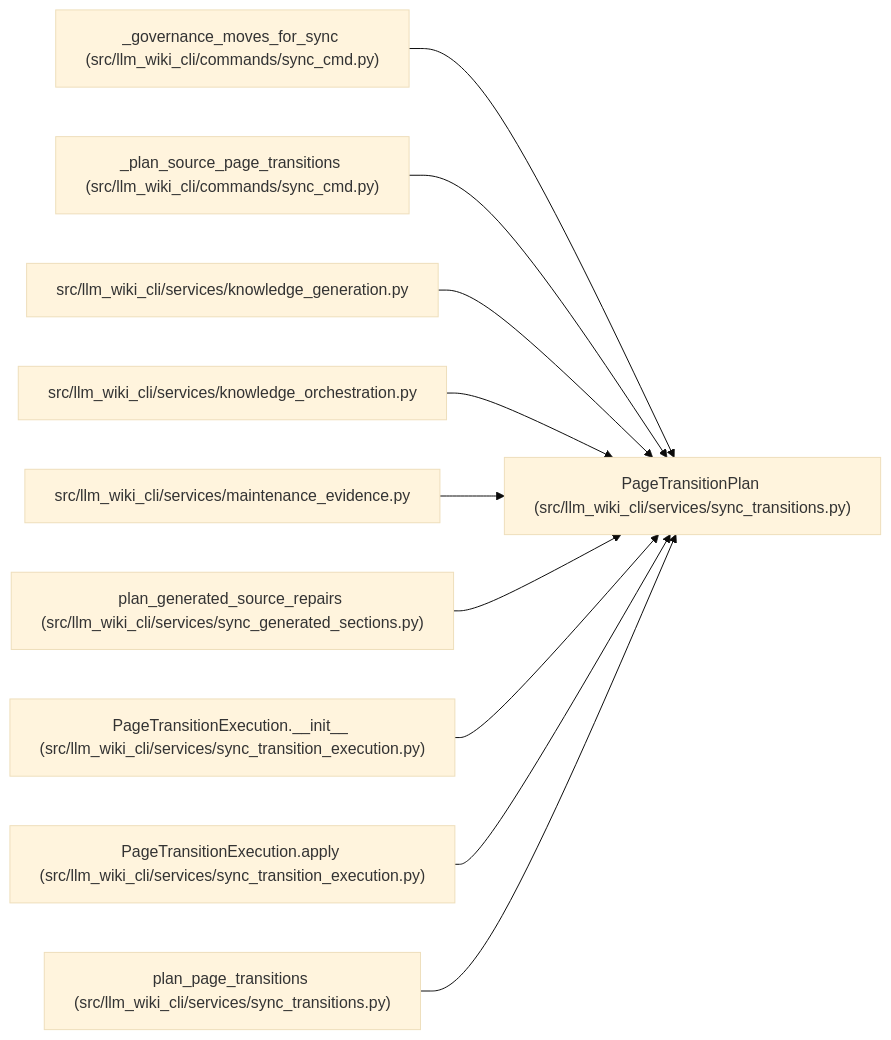
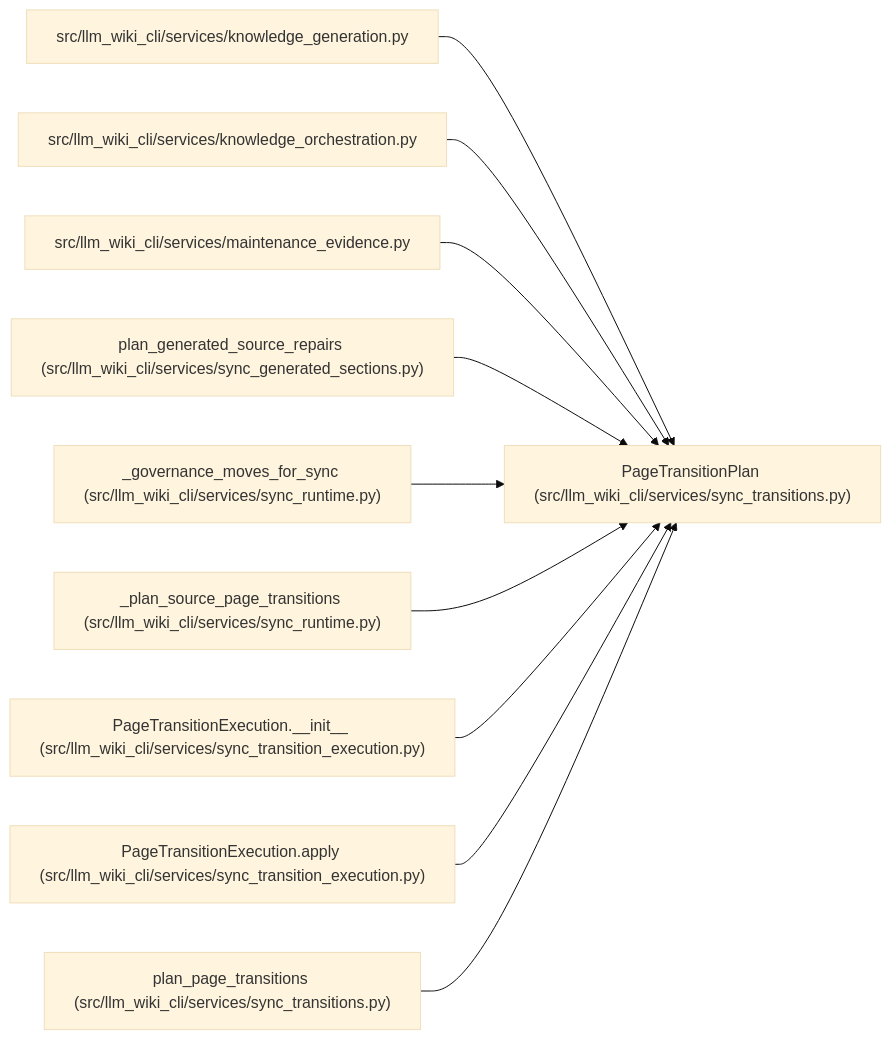
One commit to Denissvgn/python-wiki-llm changed the diagram in docs/llm_wiki/entities/PageTransitionPlan.md. Above: the diagram before and after it, drawn with Mermaid (base theme). The commit also changed other lines of this file and 1555 other files, not shown here.

````diff
--- a/docs/llm_wiki/entities/PageTransitionPlan.md
+++ b/docs/llm_wiki/entities/PageTransitionPlan.md
@@ -30,32 +30,32 @@
 ```mermaid
 flowchart LR
     n0["PageTransitionPlan (src/llm_wiki_cli/services/sync_transitions.py)"]
-    n1["_governance_moves_for_sync (src/llm_wiki_cli/commands/sync_cmd.py)"]
-    n2["_plan_source_page_transitions (src/llm_wiki_cli/commands/sync_cmd.py)"]
-    n3["src/llm_wiki_cli/services/knowledge_generation.py"]
-    n4["src/llm_wiki_cli/services/knowledge_orchestration.py"]
-    n5["src/llm_wiki_cli/services/maintenance_evidence.py"]
-    n6["plan_generated_source_repairs (src/llm_wiki_cli/services/sync_generated_sections.py)"]
+    n1["src/llm_wiki_cli/services/knowledge_generation.py"]
+    n2["src/llm_wiki_cli/services/knowledge_orchestration.py"]
+    n3["src/llm_wiki_cli/services/maintenance_evidence.py"]
+    n4["plan_generated_source_repairs (src/llm_wiki_cli/services/sync_generated_sections.py)"]
+    n5["_governance_moves_for_sync (src/llm_wiki_cli/services/sync_runtime.py)"]
+    n6["_plan_source_page_transitions (src/llm_wiki_cli/services/sync_runtime.py)"]
     n7["PageTransitionExecution.__init__ (src/llm_wiki_cli/services/sync_transition_execution.py)"]
     n8["PageTransitionExecution.apply (src/llm_wiki_cli/services/sync_transition_execution.py)"]
     n9["plan_page_transitions (src/llm_wiki_cli/services/sync_transitions.py)"]
     n1 --> n0
     n2 --> n0
     n3 --> n0
     n4 --> n0
     n5 --> n0
     n6 --> n0
     n7 --> n0
     n8 --> n0
     n9 --> n0
     click n0 "../modules/sync_transitions.md"
-    click n1 "../modules/sync_cmd.md"
-    click n2 "../modules/sync_cmd.md"
-    click n3 "../modules/knowledge_generation.md"
-    click n4 "../modules/knowledge_orchestration.md"
-    click n5 "../modules/maintenance_evidence.md"
-    click n6 "../modules/sync_generated_sections.md"
+    click n1 "../modules/knowledge_generation.md"
+    click n2 "../modules/knowledge_orchestration.md"
+    click n3 "../modules/maintenance_evidence.md"
+    click n4 "../modules/sync_generated_sections.md"
+    click n5 "../modules/sync_runtime.md"
+    click n6 "../modules/sync_runtime.md"
     click n7 "../modules/sync_transition_execution.md"
     click n8 "../modules/sync_transition_execution.md"
     click n9 "../modules/sync_transitions.md"
 ```
````
